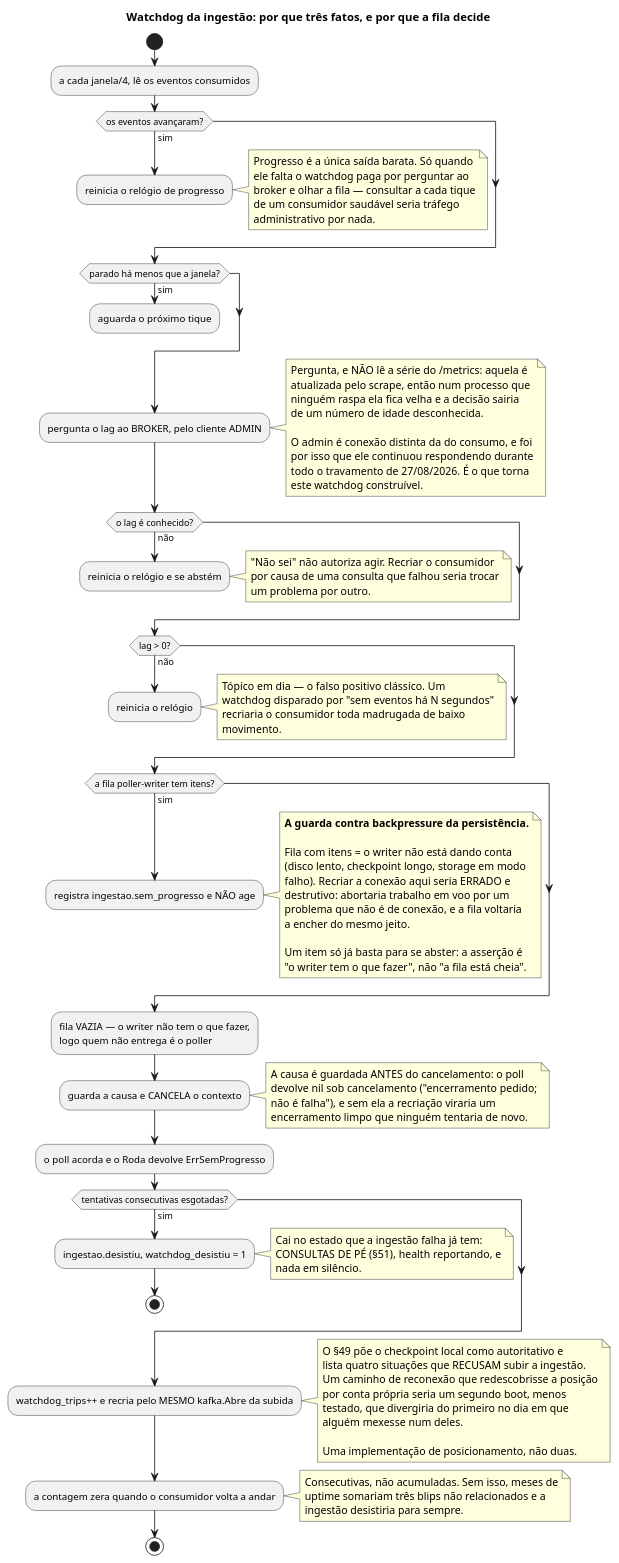
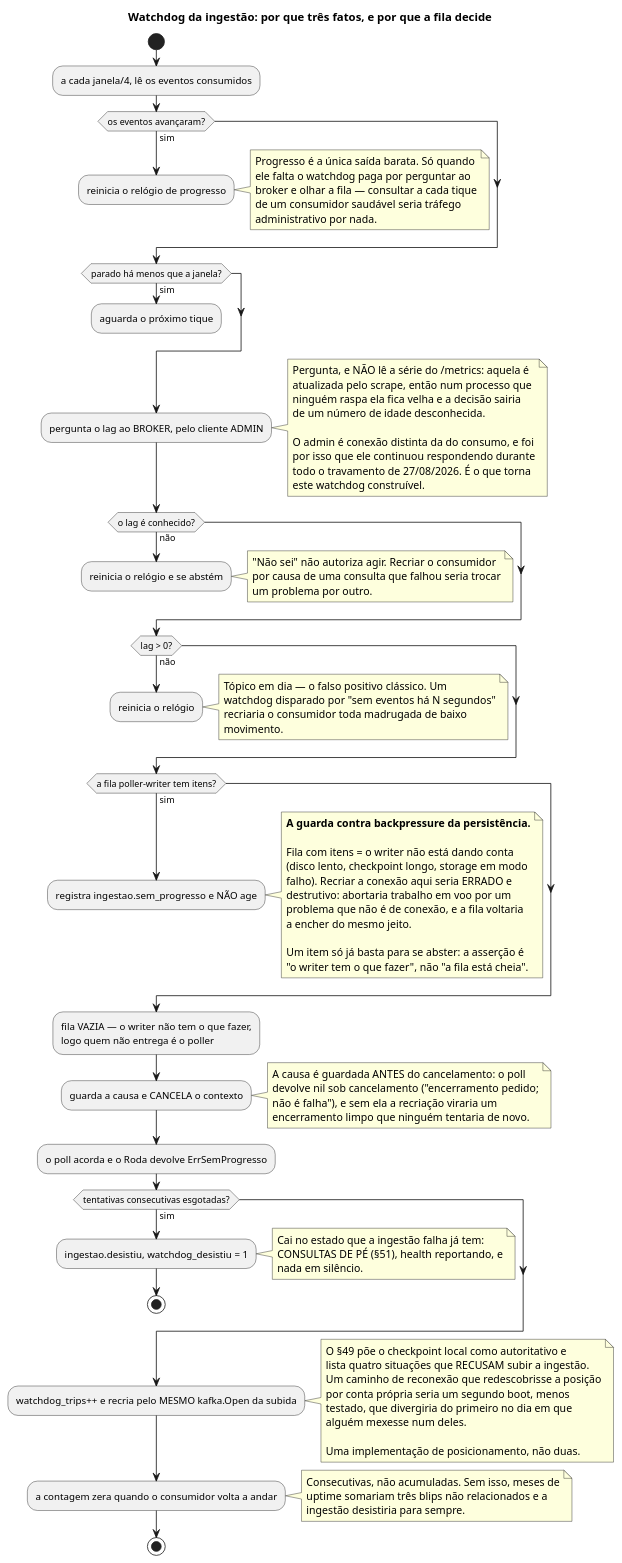
One commit to nishisan-dev/nishidb changed the diagram in docs/diagrams/watchdog_ingestao.puml. Above: the diagram before and after it, drawn with PlantUML. The commit also changed 146 other files, not shown here.

```diff
--- a/docs/diagrams/watchdog_ingestao.puml
+++ b/docs/diagrams/watchdog_ingestao.puml
@@ -1,121 +1,121 @@
 @startuml watchdog_ingestao
 title Watchdog da ingestão: por que três fatos, e por que a fila decide
 
 start
 
 :a cada janela/4, lê os eventos consumidos;
 
 if (os eventos avançaram?) then (sim)
   :reinicia o relógio de progresso;
   note right
     Progresso é a única saída barata. Só quando
     ele falta o watchdog paga por perguntar ao
     broker e olhar a fila — consultar a cada tique
     de um consumidor saudável seria tráfego
     administrativo por nada.
   end note
   detach
 endif
 
 if (parado há menos que a janela?) then (sim)
   :aguarda o próximo tique;
   detach
 endif
 
 :pergunta o lag ao BROKER, pelo cliente ADMIN;
 note right
   Pergunta, e NÃO lê a série do /metrics: aquela é
   atualizada pelo scrape, então num processo que
   ninguém raspa ela fica velha e a decisão sairia
   de um número de idade desconhecida.
 
   O admin é conexão distinta da do consumo, e foi
   por isso que ele continuou respondendo durante
   todo o travamento de 27/08/2026. É o que torna
   este watchdog construível.
 end note
 
 if (o lag é conhecido?) then (não)
   :reinicia o relógio e se abstém;
   note right
     "Não sei" não autoriza agir. Recriar o consumidor
     por causa de uma consulta que falhou seria trocar
     um problema por outro.
   end note
   detach
 endif
 
 if (lag > 0?) then (não)
   :reinicia o relógio;
   note right
     Tópico em dia — o falso positivo clássico. Um
     watchdog disparado por "sem eventos há N segundos"
     recriaria o consumidor toda madrugada de baixo
     movimento.
   end note
   detach
 endif
 
 if (a fila poller-writer tem itens?) then (sim)
   :registra ingestao.sem_progresso e NÃO age;
   note right
     **A guarda contra backpressure da persistência.**
 
     Fila com itens = o writer não está dando conta
     (disco lento, checkpoint longo, storage em modo
     falho). Recriar a conexão aqui seria ERRADO e
     destrutivo: abortaria trabalho em voo por um
     problema que não é de conexão, e a fila voltaria
     a encher do mesmo jeito.
 
     Um item só já basta para se abster: a asserção é
     "o writer tem o que fazer", não "a fila está cheia".
   end note
   detach
 endif
 
 :fila VAZIA — o writer não tem o que fazer,
 logo quem não entrega é o poller;
 
 :guarda a causa e CANCELA o contexto;
 note right
   A causa é guardada ANTES do cancelamento: o poll
   devolve nil sob cancelamento ("encerramento pedido;
   não é falha"), e sem ela a recriação viraria um
   encerramento limpo que ninguém tentaria de novo.
 end note
 
 :o poll acorda e o Roda devolve ErrSemProgresso;
 
 if (tentativas consecutivas esgotadas?) then (sim)
   :ingestao.desistiu, watchdog_desistiu = 1;
   note right
     Cai no estado que a ingestão falha já tem:
     CONSULTAS DE PÉ (§51), health reportando, e
     nada em silêncio.
   end note
   stop
 endif
 
-:watchdog_trips++ e recria pelo MESMO kafka.Abre da subida;
+:watchdog_trips++ e recria pelo MESMO kafka.Open da subida;
 note right
   O §49 põe o checkpoint local como autoritativo e
   lista quatro situações que RECUSAM subir a ingestão.
   Um caminho de reconexão que redescobrisse a posição
   por conta própria seria um segundo boot, menos
   testado, que divergiria do primeiro no dia em que
   alguém mexesse num deles.
 
   Uma implementação de posicionamento, não duas.
 end note
 
 :a contagem zera quando o consumidor volta a andar;
 note right
   Consecutivas, não acumuladas. Sem isso, meses de
   uptime somariam três blips não relacionados e a
   ingestão desistiria para sempre.
 end note
 
 stop
 
 @enduml
```
